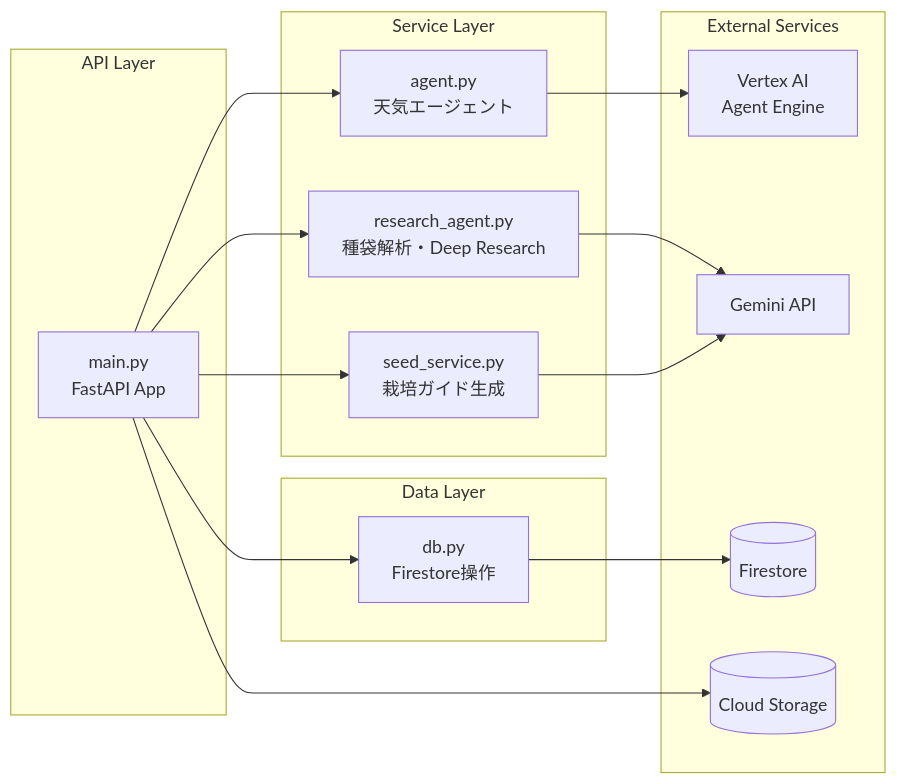
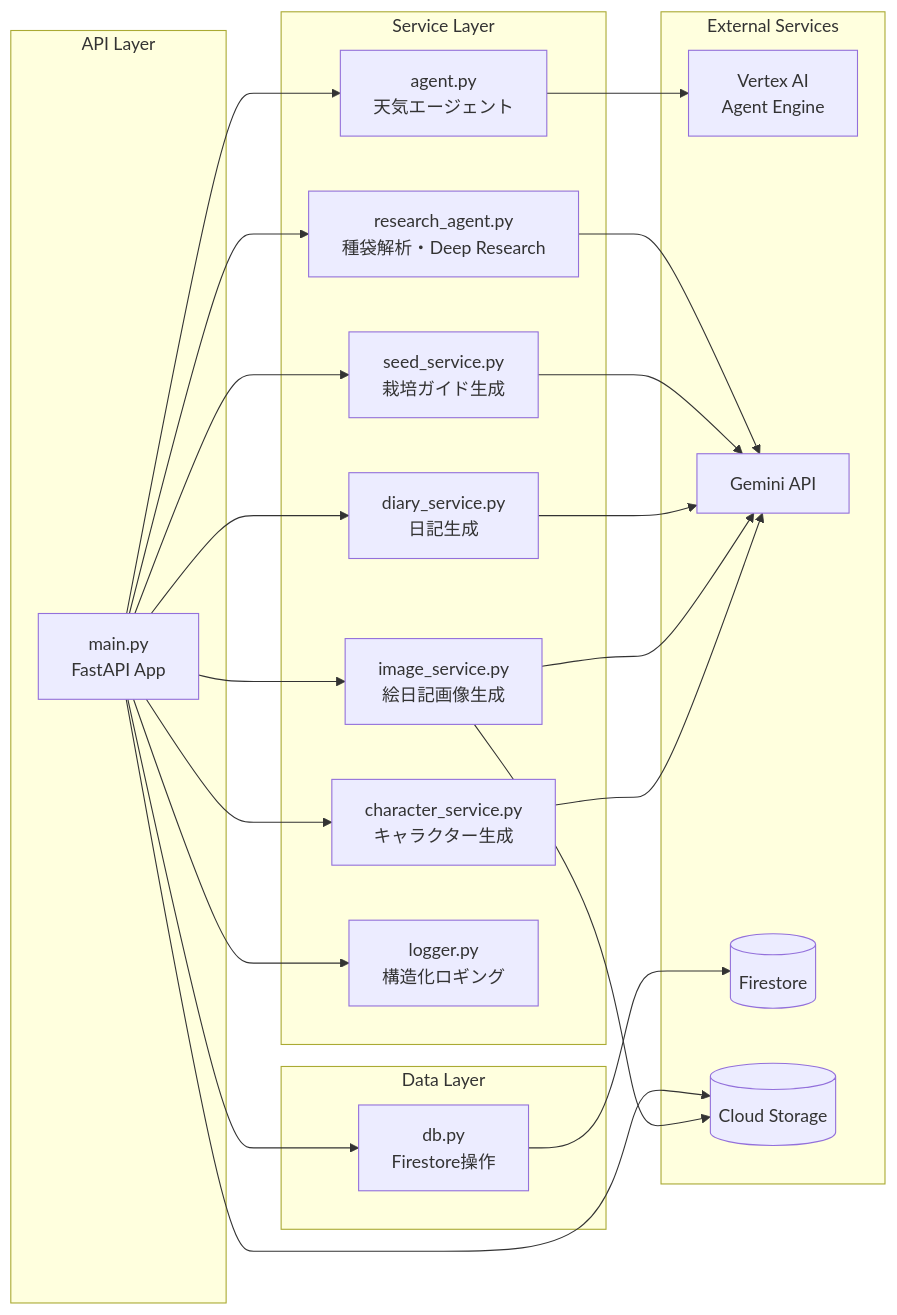
The first of 2 diagrams in backend/README.md (ai-agentic-hackathon-4/ai-batake-app), drawn with Mermaid before and after one commit. The commit also changed other lines of this file and 8 other files, not shown here.

Commit message:
feat: Introduce AI character generation, unified seed feature, automated daily growing diary, and update testing framework and documentation.

````diff
--- a/backend/README.md
+++ b/backend/README.md
@@ -140,35 +200,47 @@
 ```mermaid
 graph LR
     subgraph "API Layer"
         MAIN[main.py<br/>FastAPI App]
     end
 
     subgraph "Service Layer"
         AGT[agent.py<br/>天気エージェント]
         RES[research_agent.py<br/>種袋解析・Deep Research]
         SEED[seed_service.py<br/>栽培ガイド生成]
+        DIARY[diary_service.py<br/>日記生成]
+        IMG[image_service.py<br/>絵日記画像生成]
+        CHAR[character_service.py<br/>キャラクター生成]
+        LOG[logger.py<br/>構造化ロギング]
     end
 
     subgraph "Data Layer"
         DB[db.py<br/>Firestore操作]
     end
 
     subgraph "External Services"
         VAI[Vertex AI<br/>Agent Engine]
         GEM[Gemini API]
         FS[(Firestore)]
         GCS[(Cloud Storage)]
     end
 
     MAIN --> AGT
     MAIN --> RES
     MAIN --> SEED
+    MAIN --> DIARY
+    MAIN --> IMG
+    MAIN --> CHAR
     MAIN --> DB
+    MAIN --> LOG
 
     AGT --> VAI
     RES --> GEM
     SEED --> GEM
+    DIARY --> GEM
+    IMG --> GEM
+    CHAR --> GEM
 
     DB --> FS
     MAIN --> GCS
+    IMG --> GCS
 ```
````
